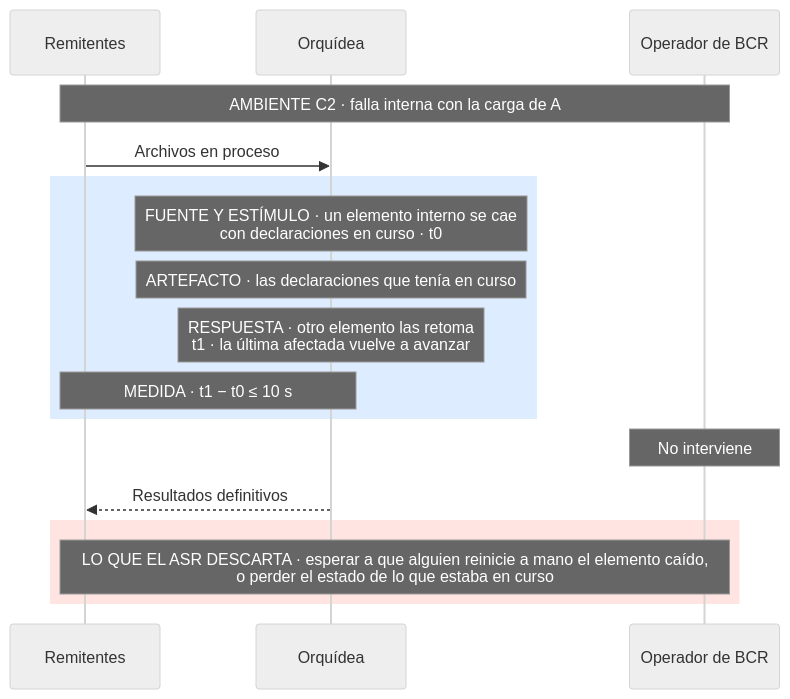
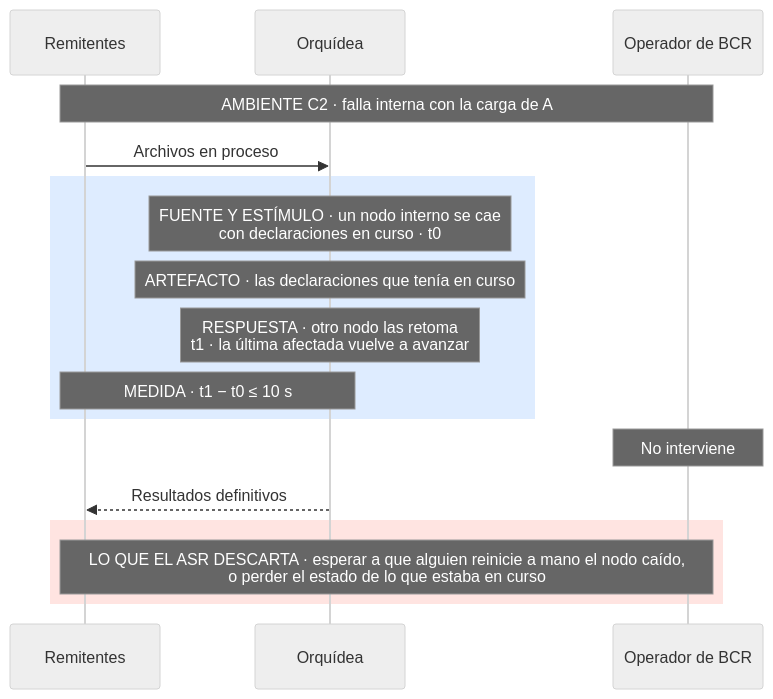
Diagram 13 of 17 in docs/quality-attributes.md (MATI-MBIT/arqsoft-reto-4), drawn with Mermaid (neutral theme) before and after one commit. The commit also changed other lines of this file, not shown here.

Commit message:
Ajusta la terminología de los ASR al vocabulario de arquitectura

````diff
--- a/docs/quality-attributes.md
+++ b/docs/quality-attributes.md
@@ -577,19 +577,19 @@
 ```mermaid
 sequenceDiagram
     participant R as Remitentes
     participant O as Orquídea
     participant Op as Operador de BCR
     Note over R,Op: AMBIENTE C2 · falla interna con la carga de A
     R->>O: Archivos en proceso
     rect rgb(222, 236, 255)
-    Note over O: FUENTE Y ESTÍMULO · un elemento interno se cae<br/>con declaraciones en curso · t0
+    Note over O: FUENTE Y ESTÍMULO · un nodo interno se cae<br/>con declaraciones en curso · t0
     Note over O: ARTEFACTO · las declaraciones que tenía en curso
-    Note over O: RESPUESTA · otro elemento las retoma<br/>t1 · la última afectada vuelve a avanzar
+    Note over O: RESPUESTA · otro nodo las retoma<br/>t1 · la última afectada vuelve a avanzar
     Note over R,O: MEDIDA · t1 − t0 ≤ 10 s
     end
     Note over Op: No interviene
     O-->>R: Resultados definitivos
     rect rgb(255, 228, 225)
-    Note over R,Op: LO QUE EL ASR DESCARTA · esperar a que alguien reinicie a mano el elemento caído,<br/>o perder el estado de lo que estaba en curso
+    Note over R,Op: LO QUE EL ASR DESCARTA · esperar a que alguien reinicie a mano el nodo caído,<br/>o perder el estado de lo que estaba en curso
     end
 ```
````
